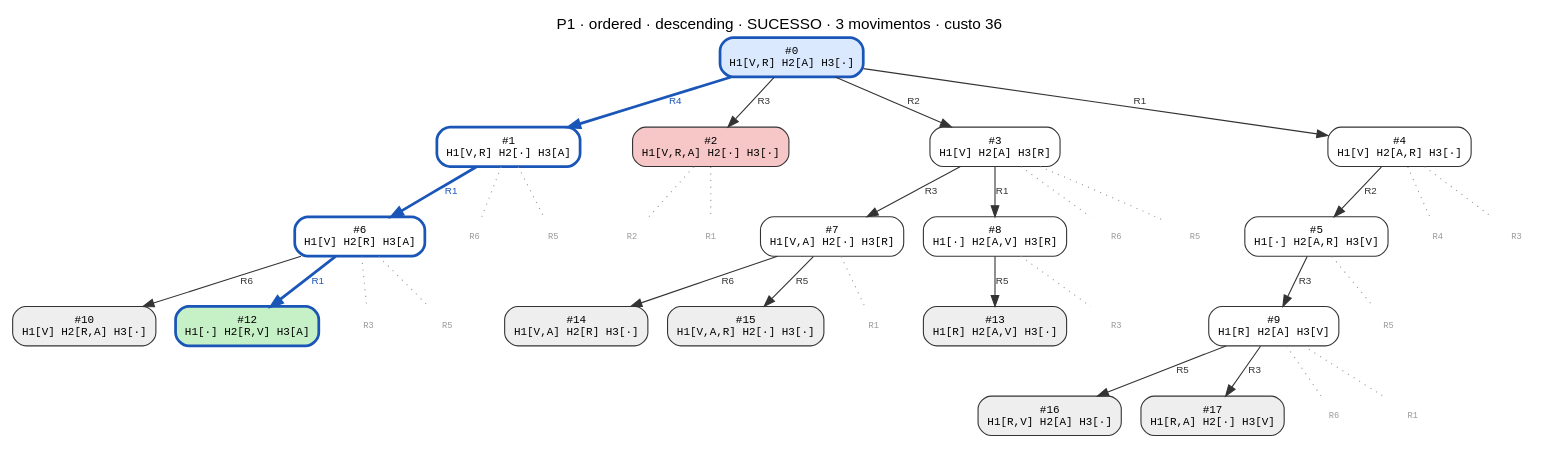
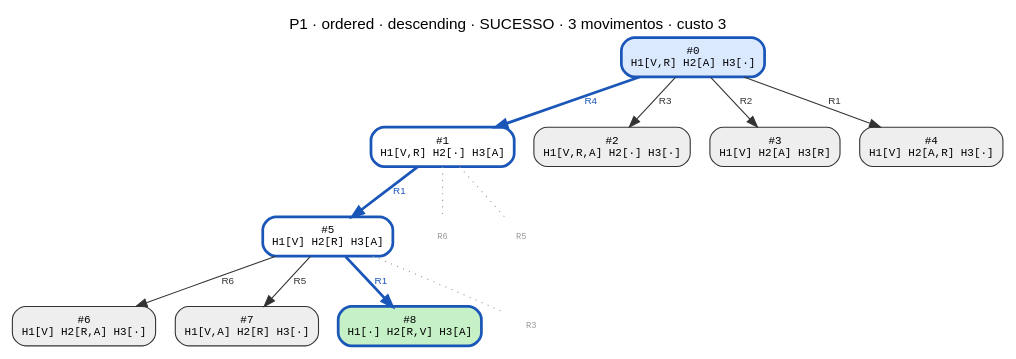
One commit to CharlesLB/dcc-014-trabalho-1 changed the diagram in data/P1/ordered_descending.dot. Above: the diagram before and after it, drawn with Graphviz. The commit also changed 17 other files, not shown here.

Commit message:
Regenerate the search-tree graphs with unit move cost and the greedy search

```diff
--- a/data/P1/ordered_descending.dot
+++ b/data/P1/ordered_descending.dot
@@ -1,68 +1,28 @@
 digraph search {
-  label="P1 · ordered · descending · SUCESSO · 3 movimentos · custo 36"; labelloc=t; fontname="Helvetica";
+  label="P1 · ordered · descending · SUCESSO · 3 movimentos · custo 3"; labelloc=t; fontname="Helvetica";
   node [shape=box, style="rounded,filled", fontname="monospace", fontsize=10];
   edge [fontname="Helvetica", fontsize=9];
   n0 [label="#0\nH1[V,R] H2[A] H3[·]", fillcolor="#dbe9ff", color="#1a56b8", penwidth=2.5];
   n1 [label="#1\nH1[V,R] H2[·] H3[A]", fillcolor="#ffffff", color="#1a56b8", penwidth=2.5];
   n0 -> n1 [label="R4", color="#1a56b8", fontcolor="#1a56b8", penwidth=2.5];
-  n2 [label="#2\nH1[V,R,A] H2[·] H3[·]", fillcolor="#f7c6c6", color="#333333", penwidth=1];
+  n2 [label="#2\nH1[V,R,A] H2[·] H3[·]", fillcolor="#eeeeee", color="#333333", penwidth=1];
   n0 -> n2 [label="R3", color="#333333", fontcolor="#333333", penwidth=1];
-  n3 [label="#3\nH1[V] H2[A] H3[R]", fillcolor="#ffffff", color="#333333", penwidth=1];
+  n3 [label="#3\nH1[V] H2[A] H3[R]", fillcolor="#eeeeee", color="#333333", penwidth=1];
   n0 -> n3 [label="R2", color="#333333", fontcolor="#333333", penwidth=1];
-  n4 [label="#4\nH1[V] H2[A,R] H3[·]", fillcolor="#ffffff", color="#333333", penwidth=1];
+  n4 [label="#4\nH1[V] H2[A,R] H3[·]", fillcolor="#eeeeee", color="#333333", penwidth=1];
   n0 -> n4 [label="R1", color="#333333", fontcolor="#333333", penwidth=1];
-  n5 [label="#5\nH1[·] H2[A,R] H3[V]", fillcolor="#ffffff", color="#333333", penwidth=1];
-  n4 -> n5 [label="R2", color="#333333", fontcolor="#333333", penwidth=1];
-  n6 [label="#6\nH1[V] H2[R] H3[A]", fillcolor="#ffffff", color="#1a56b8", penwidth=2.5];
-  n1 -> n6 [label="R1", color="#1a56b8", fontcolor="#1a56b8", penwidth=2.5];
-  n7 [label="#7\nH1[V,A] H2[·] H3[R]", fillcolor="#ffffff", color="#333333", penwidth=1];
-  n3 -> n7 [label="R3", color="#333333", fontcolor="#333333", penwidth=1];
-  n8 [label="#8\nH1[·] H2[A,V] H3[R]", fillcolor="#ffffff", color="#333333", penwidth=1];
-  n3 -> n8 [label="R1", color="#333333", fontcolor="#333333", penwidth=1];
-  n9 [label="#9\nH1[R] H2[A] H3[V]", fillcolor="#ffffff", color="#333333", penwidth=1];
-  n5 -> n9 [label="R3", color="#333333", fontcolor="#333333", penwidth=1];
-  n10 [label="#10\nH1[V] H2[R,A] H3[·]", fillcolor="#eeeeee", color="#333333", penwidth=1];
-  n6 -> n10 [label="R6", color="#333333", fontcolor="#333333", penwidth=1];
-  n12 [label="#12\nH1[·] H2[R,V] H3[A]", fillcolor="#c6f0c6", color="#1a56b8", penwidth=2.5];
-  n6 -> n12 [label="R1", color="#1a56b8", fontcolor="#1a56b8", penwidth=2.5];
-  n13 [label="#13\nH1[R] H2[A,V] H3[·]", fillcolor="#eeeeee", color="#333333", penwidth=1];
-  n8 -> n13 [label="R5", color="#333333", fontcolor="#333333", penwidth=1];
-  n14 [label="#14\nH1[V,A] H2[R] H3[·]", fillcolor="#eeeeee", color="#333333", penwidth=1];
-  n7 -> n14 [label="R6", color="#333333", fontcolor="#333333", penwidth=1];
-  n15 [label="#15\nH1[V,A,R] H2[·] H3[·]", fillcolor="#eeeeee", color="#333333", penwidth=1];
-  n7 -> n15 [label="R5", color="#333333", fontcolor="#333333", penwidth=1];
-  n16 [label="#16\nH1[R,V] H2[A] H3[·]", fillcolor="#eeeeee", color="#333333", penwidth=1];
-  n9 -> n16 [label="R5", color="#333333", fontcolor="#333333", penwidth=1];
-  n17 [label="#17\nH1[R,A] H2[·] H3[V]", fillcolor="#eeeeee", color="#333333", penwidth=1];
-  n9 -> n17 [label="R3", color="#333333", fontcolor="#333333", penwidth=1];
-  p4_R4 [label="R4", shape=plaintext, style=solid, fontcolor="#999999", fontsize=8];
-  n4 -> p4_R4 [style=dotted, color="#999999", arrowhead=none];
-  p4_R3 [label="R3", shape=plaintext, style=solid, fontcolor="#999999", fontsize=8];
-  n4 -> p4_R3 [style=dotted, color="#999999", arrowhead=none];
+  n5 [label="#5\nH1[V] H2[R] H3[A]", fillcolor="#ffffff", color="#1a56b8", penwidth=2.5];
+  n1 -> n5 [label="R1", color="#1a56b8", fontcolor="#1a56b8", penwidth=2.5];
+  n6 [label="#6\nH1[V] H2[R,A] H3[·]", fillcolor="#eeeeee", color="#333333", penwidth=1];
+  n5 -> n6 [label="R6", color="#333333", fontcolor="#333333", penwidth=1];
+  n7 [label="#7\nH1[V,A] H2[R] H3[·]", fillcolor="#eeeeee", color="#333333", penwidth=1];
+  n5 -> n7 [label="R5", color="#333333", fontcolor="#333333", penwidth=1];
+  n8 [label="#8\nH1[·] H2[R,V] H3[A]", fillcolor="#c6f0c6", color="#1a56b8", penwidth=2.5];
+  n5 -> n8 [label="R1", color="#1a56b8", fontcolor="#1a56b8", penwidth=2.5];
   p1_R6 [label="R6", shape=plaintext, style=solid, fontcolor="#999999", fontsize=8];
   n1 -> p1_R6 [style=dotted, color="#999999", arrowhead=none];
   p1_R5 [label="R5", shape=plaintext, style=solid, fontcolor="#999999", fontsize=8];
   n1 -> p1_R5 [style=dotted, color="#999999", arrowhead=none];
-  p2_R2 [label="R2", shape=plaintext, style=solid, fontcolor="#999999", fontsize=8];
-  n2 -> p2_R2 [style=dotted, color="#999999", arrowhead=none];
-  p2_R1 [label="R1", shape=plaintext, style=solid, fontcolor="#999999", fontsize=8];
-  n2 -> p2_R1 [style=dotted, color="#999999", arrowhead=none];
-  p3_R6 [label="R6", shape=plaintext, style=solid, fontcolor="#999999", fontsize=8];
-  n3 -> p3_R6 [style=dotted, color="#999999", arrowhead=none];
-  p3_R5 [label="R5", shape=plaintext, style=solid, fontcolor="#999999", fontsize=8];
-  n3 -> p3_R5 [style=dotted, color="#999999", arrowhead=none];
-  p5_R5 [label="R5", shape=plaintext, style=solid, fontcolor="#999999", fontsize=8];
-  n5 -> p5_R5 [style=dotted, color="#999999", arrowhead=none];
-  p6_R3 [label="R3", shape=plaintext, style=solid, fontcolor="#999999", fontsize=8];
-  n6 -> p6_R3 [style=dotted, color="#999999", arrowhead=none];
-  p8_R3 [label="R3", shape=plaintext, style=solid, fontcolor="#999999", fontsize=8];
-  n8 -> p8_R3 [style=dotted, color="#999999", arrowhead=none];
-  p7_R1 [label="R1", shape=plaintext, style=solid, fontcolor="#999999", fontsize=8];
-  n7 -> p7_R1 [style=dotted, color="#999999", arrowhead=none];
-  p6_R5 [label="R5", shape=plaintext, style=solid, fontcolor="#999999", fontsize=8];
-  n6 -> p6_R5 [style=dotted, color="#999999", arrowhead=none];
-  p9_R6 [label="R6", shape=plaintext, style=solid, fontcolor="#999999", fontsize=8];
-  n9 -> p9_R6 [style=dotted, color="#999999", arrowhead=none];
-  p9_R1 [label="R1", shape=plaintext, style=solid, fontcolor="#999999", fontsize=8];
-  n9 -> p9_R1 [style=dotted, color="#999999", arrowhead=none];
+  p5_R3 [label="R3", shape=plaintext, style=solid, fontcolor="#999999", fontsize=8];
+  n5 -> p5_R3 [style=dotted, color="#999999", arrowhead=none];
 }
```
